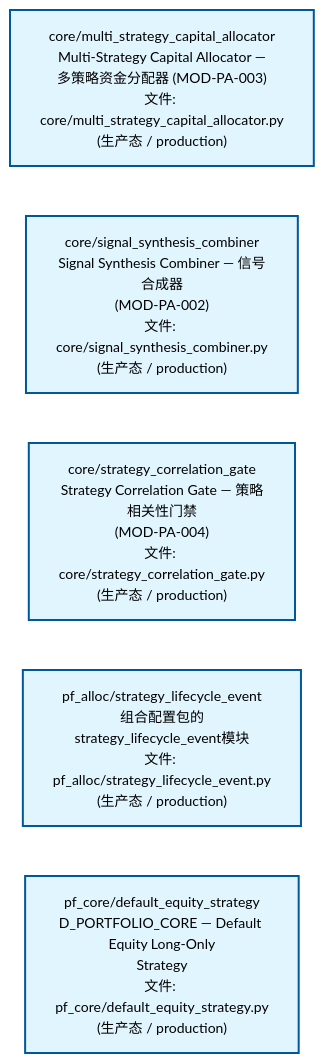
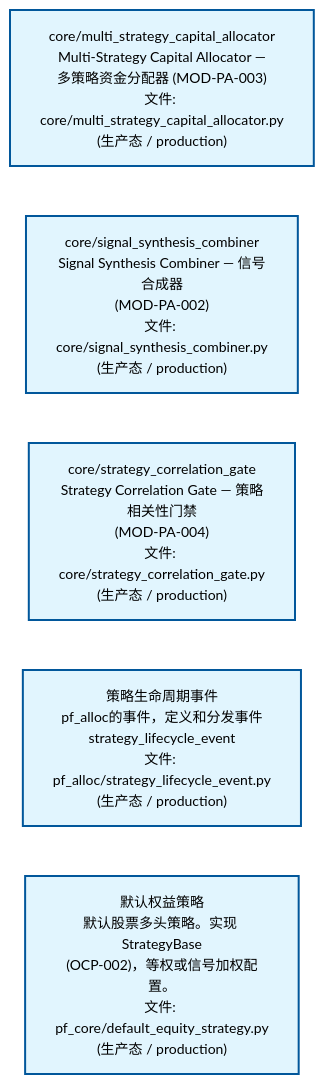
The second of 4 diagrams in docs/02_enterprise_architecture/02_domain_architecture_docs/62_d_pf_alloc.md (xuanFelixVan/ZephyrAlpha), drawn with Mermaid before and after one commit. The commit also changed other lines of this file and 54 other files, not shown here.

````diff
--- a/docs/02_enterprise_architecture/02_domain_architecture_docs/62_d_pf_alloc.md
+++ b/docs/02_enterprise_architecture/02_domain_architecture_docs/62_d_pf_alloc.md
@@ -92,18 +92,18 @@
 ```mermaid
 %%{init: {'theme': 'base', 'themeVariables': {'primaryColor': '#eaeaea', 'primaryTextColor': '#333333', 'primaryBorderColor': '#666666', 'lineColor': '#666666', 'secondaryColor': '#eaeaea', 'tertiaryColor': '#eaeaea', 'fontSize': '14px'}}}%%
 flowchart TD
     src_zephyr_pf_alloc_core_multi_strategy_capital_allocator_py["core/multi_strategy_capital_allocator<br/>Multi-Strategy Capital Allocator —<br/>多策略资金分配器 (MOD-PA-003)<br/>文件: core/multi_strategy_capital_allocator.py<br/>(生产态 / production)"]
     src_zephyr_pf_alloc_core_signal_synthesis_combiner_py["core/signal_synthesis_combiner<br/>Signal Synthesis Combiner — 信号合成器<br/>(MOD-PA-002)<br/>文件: core/signal_synthesis_combiner.py<br/>(生产态 / production)"]
     src_zephyr_pf_alloc_core_strategy_correlation_gate_py["core/strategy_correlation_gate<br/>Strategy Correlation Gate — 策略相关性门禁<br/>(MOD-PA-004)<br/>文件: core/strategy_correlation_gate.py<br/>(生产态 / production)"]
-    src_zephyr_pf_alloc_strategy_lifecycle_event_py["pf_alloc/strategy_lifecycle_event<br/>组合配置包的strategy_lifecycle_event模块<br/>文件: pf_alloc/strategy_lifecycle_event.py<br/>(生产态 / production)"]
-    src_zephyr_pf_core_default_equity_strategy_py["pf_core/default_equity_strategy<br/>D_PORTFOLIO_CORE — Default Equity Long-Only<br/>Strategy<br/>文件: pf_core/default_equity_strategy.py<br/>(生产态 / production)"]
+    src_zephyr_pf_alloc_strategy_lifecycle_event_py["策略生命周期事件<br/>pf_alloc的事件，定义和分发事件<br/>strategy_lifecycle_event<br/>文件: pf_alloc/strategy_lifecycle_event.py<br/>(生产态 / production)"]
+    src_zephyr_pf_core_default_equity_strategy_py["默认权益策略<br/>默认股票多头策略。实现 StrategyBase<br/>(OCP-002)，等权或信号加权配置。<br/>文件: pf_core/default_equity_strategy.py<br/>(生产态 / production)"]
     src_zephyr_pf_alloc_core_multi_strategy_capital_allocator_py ~~~ src_zephyr_pf_alloc_core_signal_synthesis_combiner_py
     src_zephyr_pf_alloc_core_signal_synthesis_combiner_py ~~~ src_zephyr_pf_alloc_core_strategy_correlation_gate_py
     src_zephyr_pf_alloc_core_strategy_correlation_gate_py ~~~ src_zephyr_pf_alloc_strategy_lifecycle_event_py
     src_zephyr_pf_alloc_strategy_lifecycle_event_py ~~~ src_zephyr_pf_core_default_equity_strategy_py
     classDef production fill:#e1f5fe,stroke:#01579b,stroke-width:2px,color:#000
     classDef design fill:#fff3e0,stroke:#e65100,stroke-width:2px,color:#000,stroke-dasharray: 5 5
     classDef external_prod fill:#e8f4fd,stroke:#0277bd,stroke-width:1px,color:#000
     classDef external_design fill:#fff8e7,stroke:#ef6c00,stroke-width:1px,color:#000,stroke-dasharray: 5 5
     class src_zephyr_pf_alloc_core_multi_strategy_capital_allocator_py,src_zephyr_pf_alloc_core_signal_synthesis_combiner_py,src_zephyr_pf_alloc_core_strategy_correlation_gate_py,src_zephyr_pf_alloc_strategy_lifecycle_event_py,src_zephyr_pf_core_default_equity_strategy_py production
 ```
````
